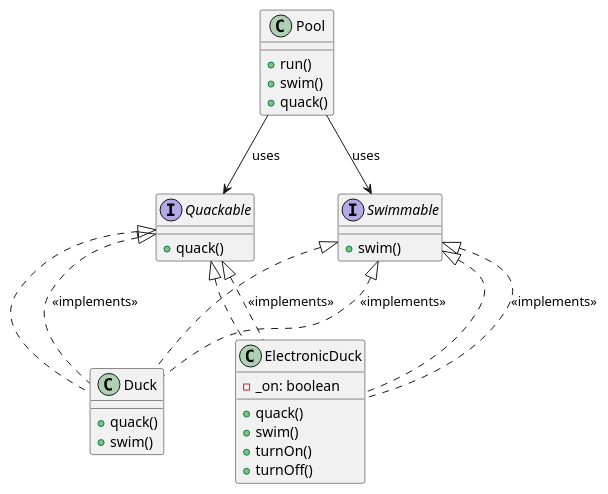
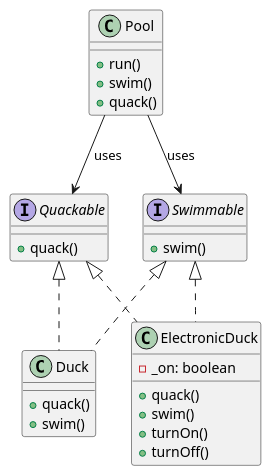
Before and after one commit to walid192/Software-Architecture: the diagram in LSP/src/com/directi/training/lsp/solution/solution.wsd, drawn with PlantUML.

Commit message:
final commit

```diff
--- a/LSP/src/com/directi/training/lsp/solution/solution.wsd
+++ b/LSP/src/com/directi/training/lsp/solution/solution.wsd
@@ -1,40 +1,37 @@
 @startuml
 
 ' two interfaces to respect SRP '
 interface Quackable {
     + quack()
 }
 
 interface Swimmable {
     + swim()
 }
 
 class Duck implements Quackable, Swimmable {
     + quack()
     + swim()
 }
 
 class ElectronicDuck implements Quackable, Swimmable {
     - _on: boolean
     + quack()
     + swim()
     + turnOn()
     + turnOff()
 }
 
 class Pool {
     + run()
     + swim()
     + quack()
 }
 
-Quackable <|.. Duck : <<implements>>
-Quackable <|.. ElectronicDuck : <<implements>>
-Swimmable <|.. Duck : <<implements>>
-Swimmable <|.. ElectronicDuck : <<implements>>
+
 
 
 Pool --> Quackable : uses
 Pool --> Swimmable : uses
 
 @enduml
```
